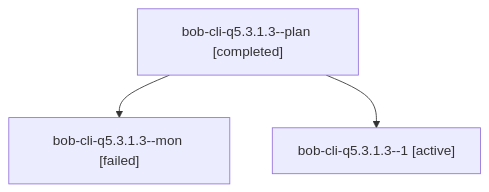
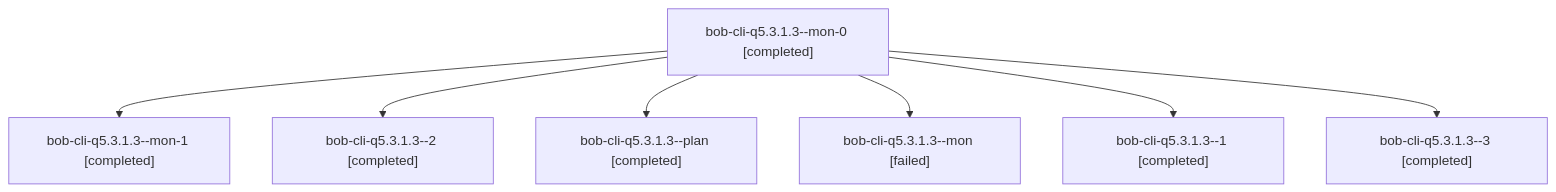
The diagram in sessions/bbugyi200.athena.bob-cli-q5.3.1.3.md (bobs-org/bob-cli--agents), drawn with Mermaid before and after one commit. The commit also changed other lines of this file and 251 other files, not shown here.

````diff
--- a/sessions/bbugyi200.athena.bob-cli-q5.3.1.3.md
+++ b/sessions/bbugyi200.athena.bob-cli-q5.3.1.3.md
@@ -9,8 +9,16 @@
 ```mermaid
 flowchart TD
-  n0["bob-cli-q5.3.1.3--plan [completed]"]
-  n1["bob-cli-q5.3.1.3--mon [failed]"]
+  n0["bob-cli-q5.3.1.3--mon-0 [completed]"]
+  n1["bob-cli-q5.3.1.3--mon-1 [completed]"]
   n0 --> n1
-  n2["bob-cli-q5.3.1.3--1 [active]"]
+  n2["bob-cli-q5.3.1.3--2 [completed]"]
   n0 --> n2
+  n3["bob-cli-q5.3.1.3--plan [completed]"]
+  n0 --> n3
+  n4["bob-cli-q5.3.1.3--mon [failed]"]
+  n0 --> n4
+  n5["bob-cli-q5.3.1.3--1 [completed]"]
+  n0 --> n5
+  n6["bob-cli-q5.3.1.3--3 [completed]"]
+  n0 --> n6
 ```
````
